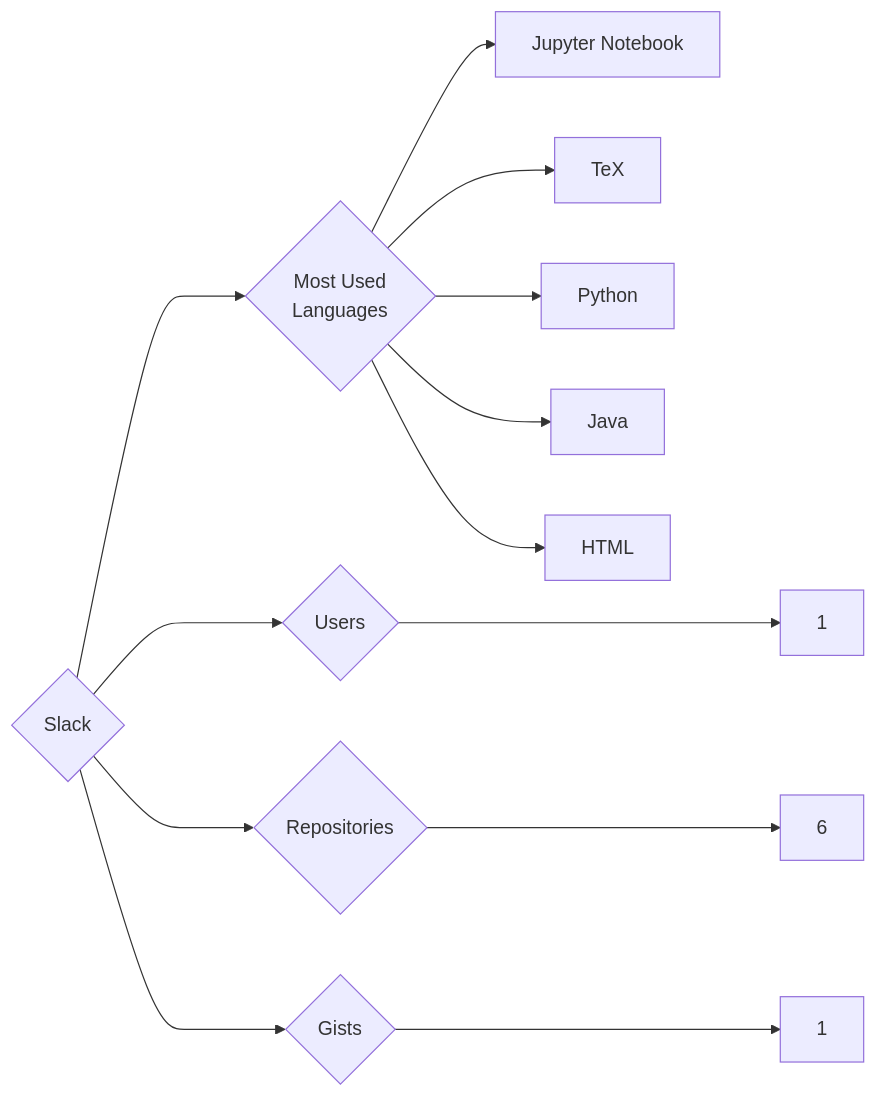
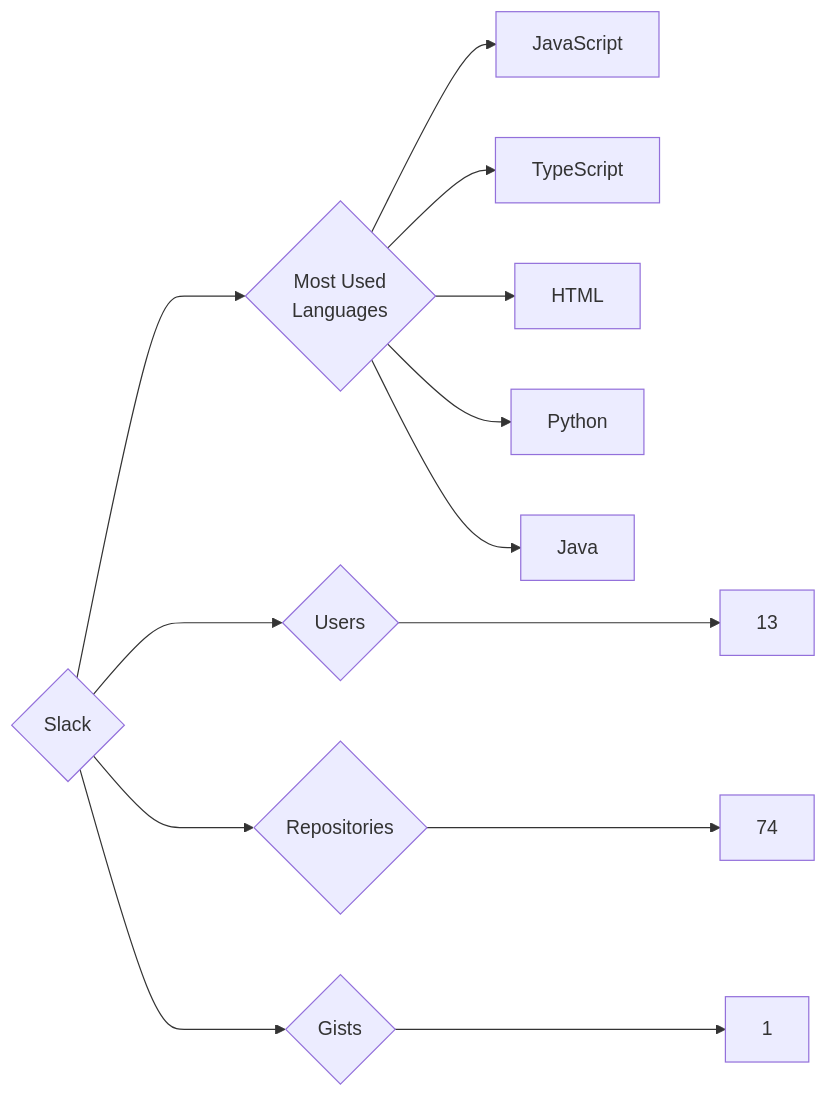
One commit to trickest/insiders changed the diagram in targets/Slack/README.md. Above: the diagram before and after it, drawn with Mermaid. The commit also changed 965 other files, not shown here.

````diff
--- a/targets/Slack/README.md
+++ b/targets/Slack/README.md
@@ -3,13 +3,13 @@
 ```mermaid
 graph LR
 COMPANY_NAME{Slack}
-COMPANY_NAME ---> U{Users} ---> UN[1]
-COMPANY_NAME ---> R{Repositories} ---> RN[6]
+COMPANY_NAME ---> U{Users} ---> UN[13]
+COMPANY_NAME ---> R{Repositories} ---> RN[74]
 COMPANY_NAME ---> G{Gists} ---> GN[1]
 COMPANY_NAME ---> ML{Most Used<br>Languages}
-ML --> Jupyter_Notebook[Jupyter Notebook]
-ML --> TeX[TeX]
+ML --> JavaScript[JavaScript]
+ML --> TypeScript[TypeScript]
+ML --> HTML[HTML]
 ML --> Python[Python]
 ML --> Java[Java]
-ML --> HTML[HTML]
 ```
````
